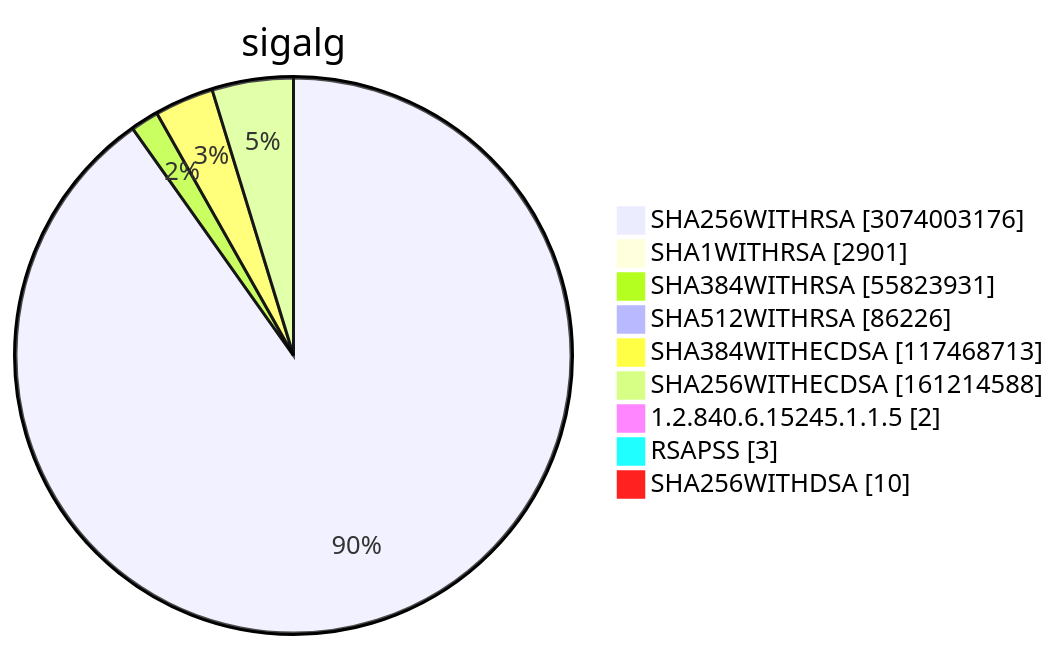
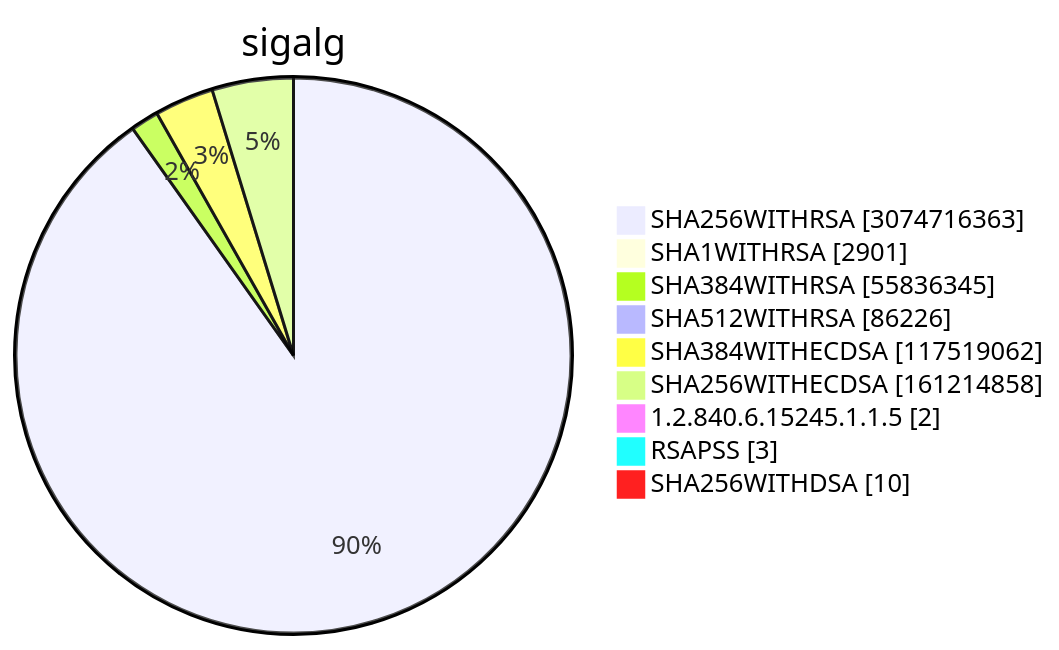
Diagram 15 of 15 in TOTAL/README.md (christiankrug/ctmonitor_visualization), drawn with Mermaid before and after one commit. The commit also changed other lines of this file, not shown here.

````diff
--- a/TOTAL/README.md
+++ b/TOTAL/README.md
@@ -6209,13 +6209,13 @@
 ```mermaid
 pie showData
 title sigalg
-"SHA256WITHRSA" :3074003176
+"SHA256WITHRSA" :3074716363
 "SHA1WITHRSA" :2901
-"SHA384WITHRSA" :55823931
+"SHA384WITHRSA" :55836345
 "SHA512WITHRSA" :86226
-"SHA384WITHECDSA" :117468713
-"SHA256WITHECDSA" :161214588
+"SHA384WITHECDSA" :117519062
+"SHA256WITHECDSA" :161214858
 "1.2.840.6.15245.1.1.5" :2
 "RSAPSS" :3
 "SHA256WITHDSA" :10
 ```
````
